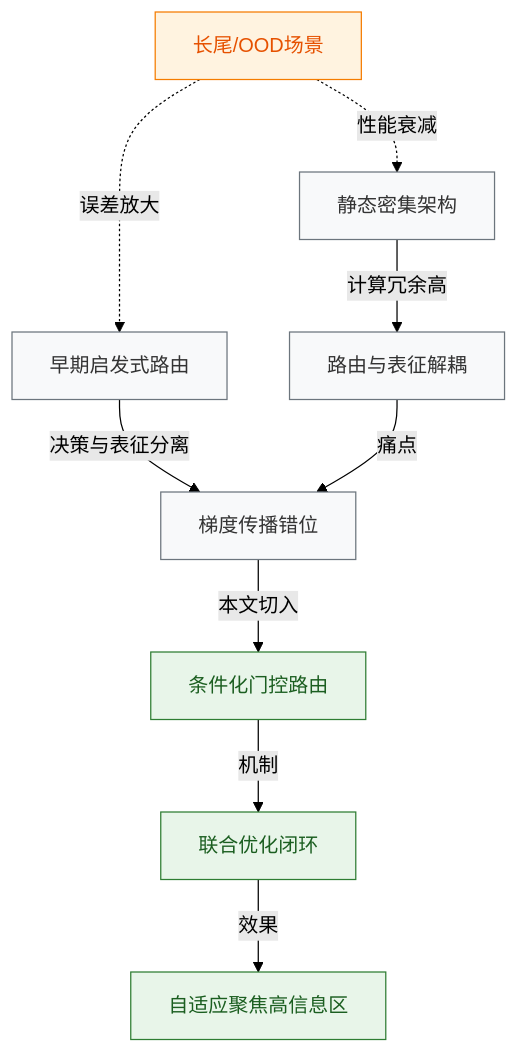
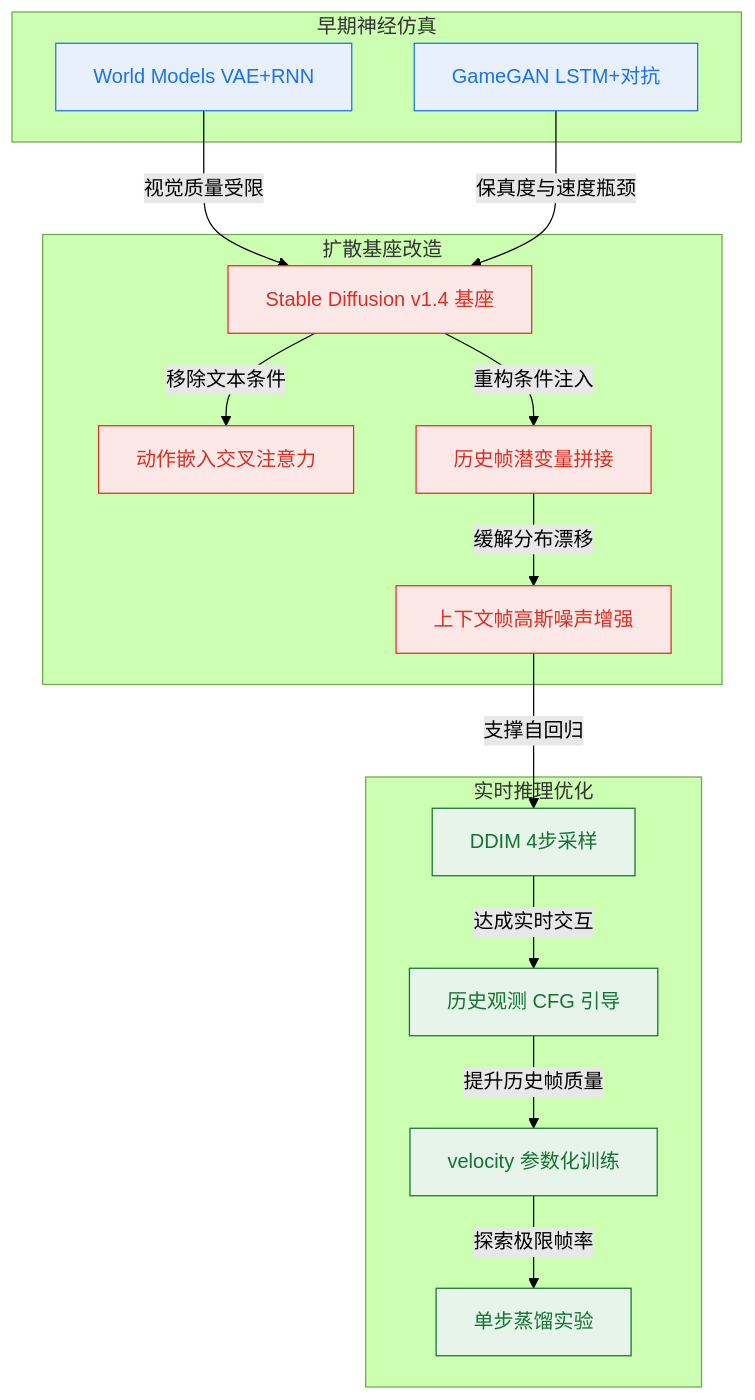
One commit to ShinewineW/paper-rolling changed the sixth of 10 diagrams in person_vault/2026-06-08_DiffusionModelsAreRealTimeGameEngines_2408.14837/report.md. Above: the diagram before and after it, drawn with Mermaid (forest theme). The commit also changed other lines of this file and 51 other files, not shown here.

````diff
--- a/person_vault/2026-06-08_DiffusionModelsAreRealTimeGameEngines_2408.14837/report.md
+++ b/person_vault/2026-06-08_DiffusionModelsAreRealTimeGameEngines_2408.14837/report.md
@@ -266,27 +396,36 @@
 ```mermaid
-flowchart TB
-    classDef legacy fill:#f8f9fa,stroke:#6c757d,color:#333
-    classDef bridge fill:#e3f2fd,stroke:#1976d2,color:#0d47a1
-    classDef proposed fill:#e8f5e9,stroke:#2e7d32,color:#1b5e20
-    
-    static_dense["静态密集架构"]:::legacy
-    early_routing["早期启发式路由"]:::legacy
-    decoupled_opt["路由与表征解耦"]:::legacy
-    gradient_mismatch["梯度传播错位"]:::legacy
-    
-    gated_routing["条件化门控路由"]:::proposed
-    joint_opt["联合优化闭环"]:::proposed
-    adaptive_focus["自适应聚焦高信息区"]:::proposed
-    
-    static_dense -->|计算冗余高| decoupled_opt
-    early_routing -->|决策与表征分离| gradient_mismatch
-    decoupled_opt -->|痛点| gradient_mismatch
-    gradient_mismatch -->|本文切入| gated_routing
-    gated_routing -->|机制| joint_opt
-    joint_opt -->|效果| adaptive_focus
-    
-    classDef note fill:#fff3e0,stroke:#f57c00,color:#e65100
-    ood_scenario["长尾/OOD场景"]:::note
-    ood_scenario -.->|性能衰减| static_dense
-    ood_scenario -.->|误差放大| early_routing
+flowchart TD
+  subgraph 早期神经仿真
+    wm["World Models VAE+RNN"]
+    gg["GameGAN LSTM+对抗"]
+  end
+  subgraph 扩散基座改造
+    sd["Stable Diffusion v1.4 基座"]
+    act["动作嵌入交叉注意力"]
+    hist["历史帧潜变量拼接"]
+    noise["上下文帧高斯噪声增强"]
+  end
+  subgraph 实时推理优化
+    ddim["DDIM 4步采样"]
+    cfg["历史观测 CFG 引导"]
+    vel["velocity 参数化训练"]
+    dist["单步蒸馏实验"]
+  end
+
+  wm -->|视觉质量受限| sd
+  gg -->|保真度与速度瓶颈| sd
+  sd -->|移除文本条件| act
+  sd -->|重构条件注入| hist
+  hist -->|缓解分布漂移| noise
+  noise -->|支撑自回归| ddim
+  ddim -->|达成实时交互| cfg
+  cfg -->|提升历史帧质量| vel
+  vel -->|探索极限帧率| dist
+
+  classDef early fill:#e8f0fe,color:#1a73e8,stroke:#1a73e8;
+  classDef base fill:#fce8e6,color:#d93025,stroke:#d93025;
+  classDef infer fill:#e6f4ea,color:#137333,stroke:#137333;
+  class wm,gg early;
+  class sd,act,hist,noise base;
+  class ddim,cfg,vel,dist infer;
 ```
````
